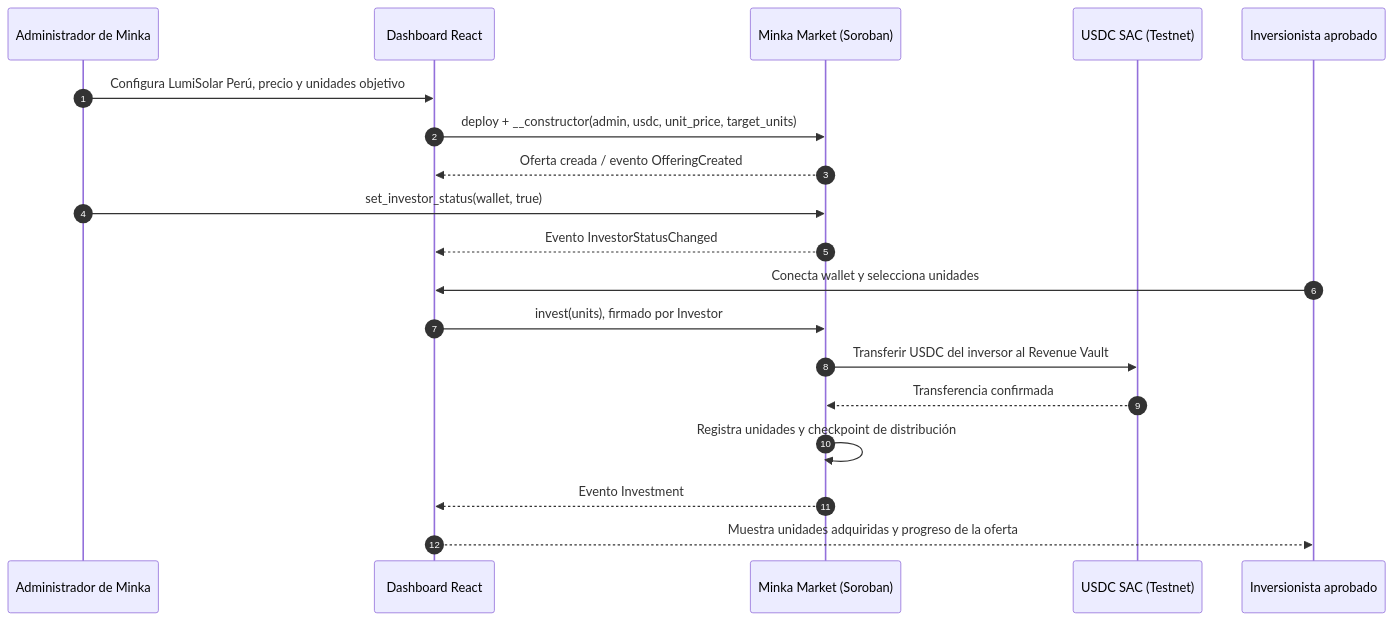
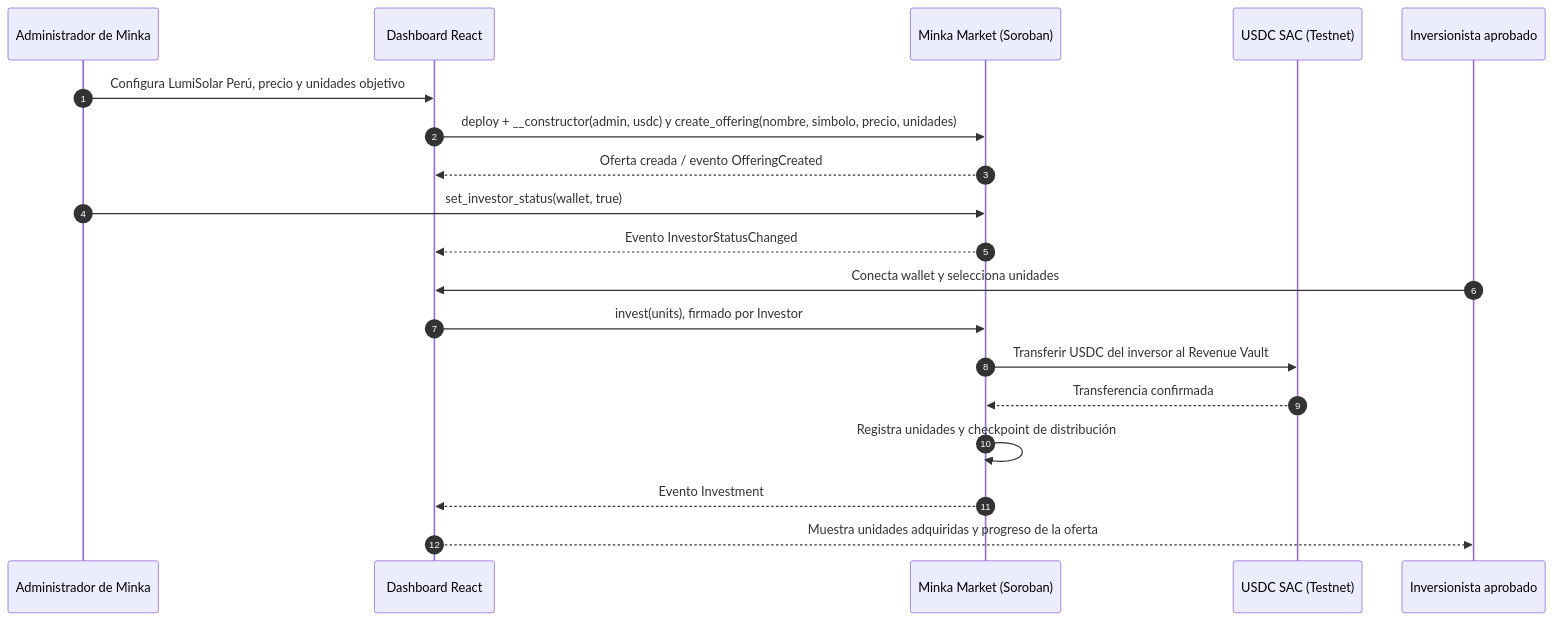
The third of 8 diagrams in docs/architecture/minka-capital-system-flow.md (giano-montano/minka-capital), drawn with Mermaid before and after one commit. The commit also changed 19 other files, not shown here.

First line of the commit message:
feat: multi-offering platform where companies publish and price offerings

````diff
--- a/docs/architecture/minka-capital-system-flow.md
+++ b/docs/architecture/minka-capital-system-flow.md
@@ -78,24 +78,24 @@
 ```mermaid
 sequenceDiagram
     autonumber
     participant Admin as Administrador de Minka
     participant UI as Dashboard React
     participant Contract as Minka Market (Soroban)
     participant USDC as USDC SAC (Testnet)
     participant Investor as Inversionista aprobado
 
     Admin->>UI: Configura LumiSolar Perú, precio y unidades objetivo
-    UI->>Contract: deploy + __constructor(admin, usdc, unit_price, target_units)
+    UI->>Contract: deploy + __constructor(admin, usdc) y create_offering(nombre, simbolo, precio, unidades)
     Contract-->>UI: Oferta creada / evento OfferingCreated
 
     Admin->>Contract: set_investor_status(wallet, true)
     Contract-->>UI: Evento InvestorStatusChanged
 
     Investor->>UI: Conecta wallet y selecciona unidades
     UI->>Contract: invest(units), firmado por Investor
     Contract->>USDC: Transferir USDC del inversor al Revenue Vault
     USDC-->>Contract: Transferencia confirmada
     Contract->>Contract: Registra unidades y checkpoint de distribución
     Contract-->>UI: Evento Investment
     UI-->>Investor: Muestra unidades adquiridas y progreso de la oferta
 ```
````
